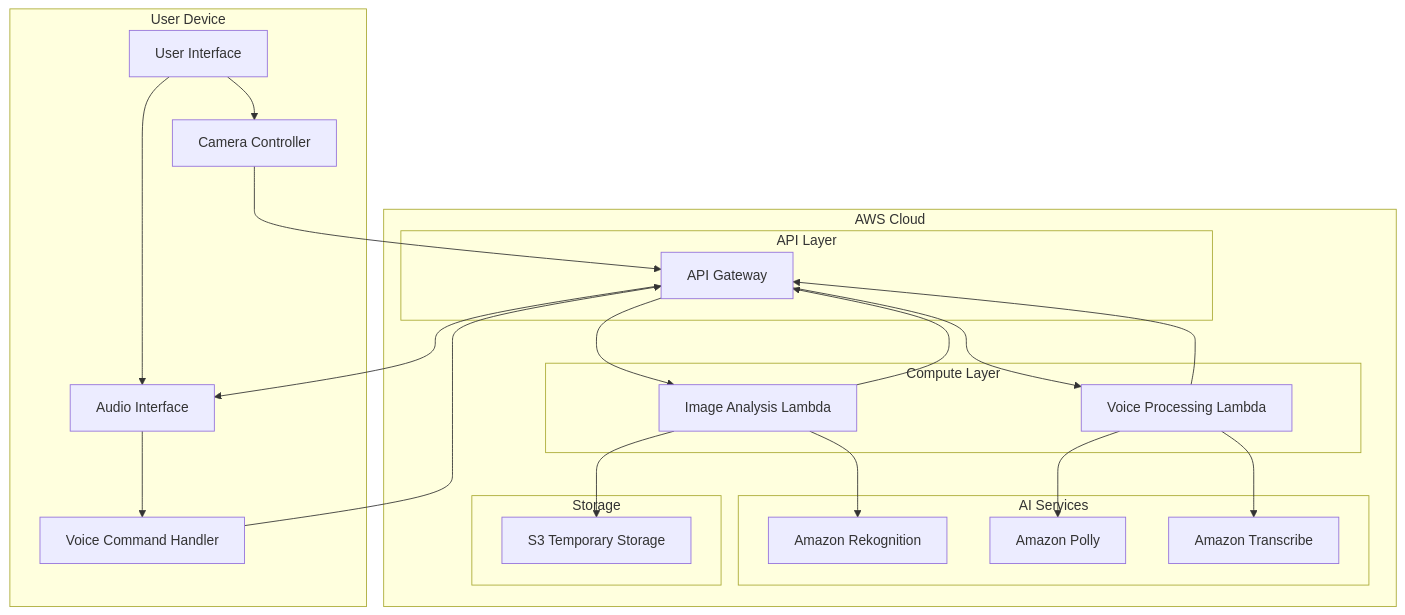
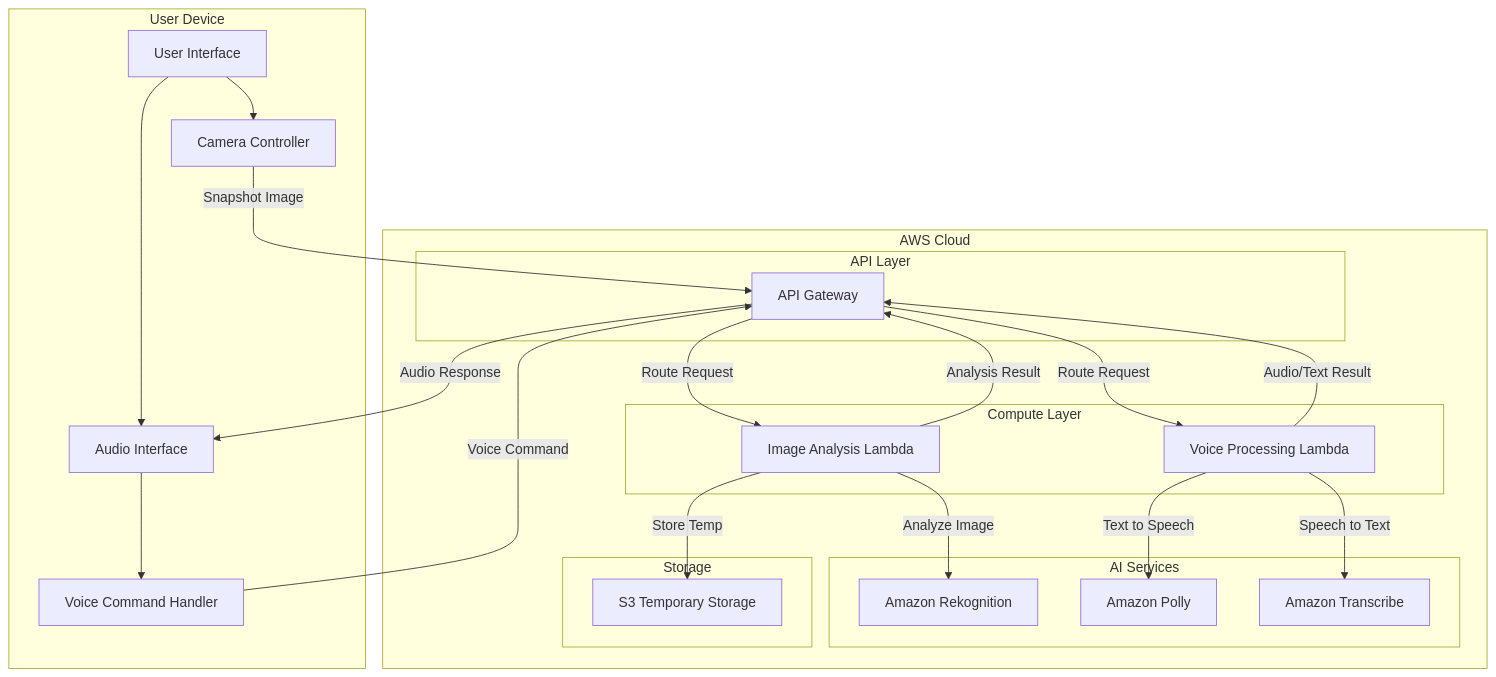
The diagram in design.md (Argonebee/AI-Blindness-Assistant), drawn with Mermaid before and after one commit. The commit also changed other lines of this file, not shown here.

Commit message:
Revise design document for AI Vision Assistant
Updated the design document to enhance clarity and detail on system architecture, components, and testing strategies.

````diff
--- a/design.md
+++ b/design.md
@@ -19,50 +19,51 @@
 ```mermaid
 graph TB
     subgraph "User Device"
         UI[User Interface]
         Camera[Camera Controller]
         Audio[Audio Interface]
         VoiceCmd[Voice Command Handler]
     end
     
     subgraph "AWS Cloud"
         subgraph "API Layer"
             Gateway[API Gateway]
         end
         
         subgraph "Compute Layer"
-            Lambda1[Image Analysis Lambda]
-            Lambda2[Voice Processing Lambda]
+            ImageLambda[Image Analysis Lambda]
+            VoiceLambda[Voice Processing Lambda]
         end
         
         subgraph "AI Services"
             Rekognition[Amazon Rekognition]
             Polly[Amazon Polly]
             Transcribe[Amazon Transcribe]
         end
         
         subgraph "Storage"
             S3[S3 Temporary Storage]
         end
     end
     
     UI --> Camera
     UI --> Audio
     Audio --> VoiceCmd
     
-    Camera --> Gateway
-    VoiceCmd --> Gateway
+    Camera -->|Snapshot Image| Gateway
+    VoiceCmd -->|Voice Command| Gateway
     
-    Gateway --> Lambda1
-    Gateway --> Lambda2
+    Gateway -->|Route Request| ImageLambda
+    Gateway -->|Route Request| VoiceLambda
     
-    Lambda1 --> Rekognition
-    Lambda1 --> S3
-    Lambda2 --> Transcribe
-    Lambda2 --> Polly
+    ImageLambda -->|Analyze Image| Rekognition
+    ImageLambda -->|Store Temp| S3
     
-    Lambda1 --> Gateway
-    Lambda2 --> Gateway
+    VoiceLambda -->|Speech to Text| Transcribe
+    VoiceLambda -->|Text to Speech| Polly
     
-    Gateway --> Audio
+    ImageLambda -->|Analysis Result| Gateway
+    VoiceLambda -->|Audio/Text Result| Gateway
+    
+    Gateway -->|Audio Response| Audio
 ```
````
